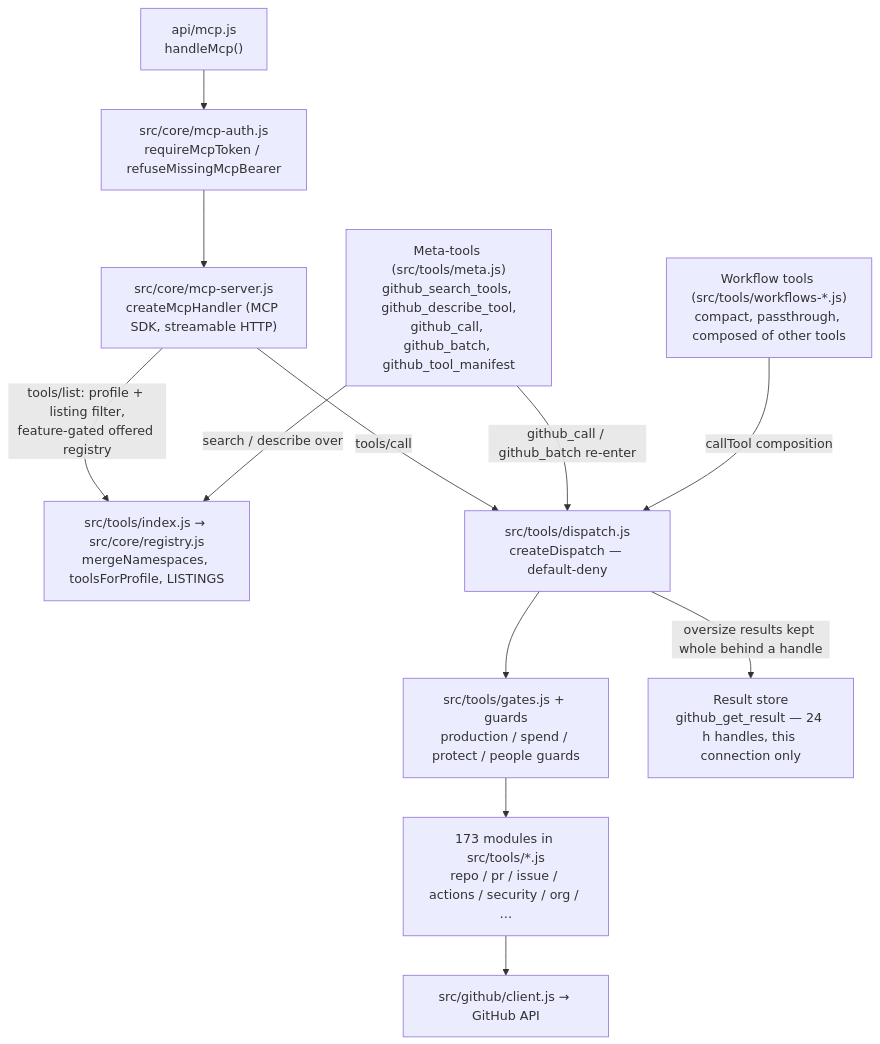
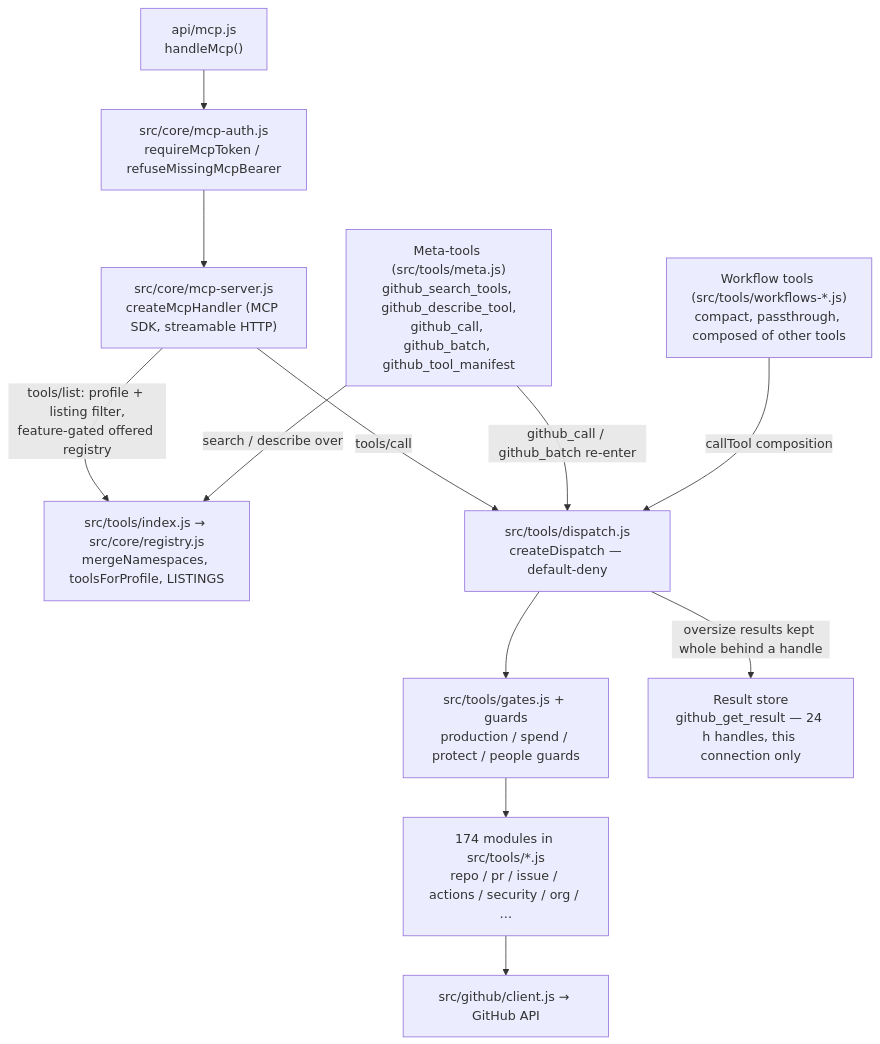
The diagram in docs/relational-map/mcp-and-tools.md (Robinson-AI-Systems/github-mcp), drawn with Mermaid before and after one commit. The commit also changed other lines of this file and 17 other files, not shown here.

````diff
--- a/docs/relational-map/mcp-and-tools.md
+++ b/docs/relational-map/mcp-and-tools.md
@@ -3,23 +3,23 @@
 ```mermaid
 flowchart TD
   MCP["api/mcp.js<br/>handleMcp()"]
   Auth["src/core/mcp-auth.js<br/>requireMcpToken / refuseMissingMcpBearer"]
   Server["src/core/mcp-server.js<br/>createMcpHandler (MCP SDK, streamable HTTP)"]
   Registry["src/tools/index.js → src/core/registry.js<br/>mergeNamespaces, toolsForProfile, LISTINGS"]
   Dispatch["src/tools/dispatch.js<br/>createDispatch — default-deny"]
   Gates["src/tools/gates.js + guards<br/>production / spend / protect / people guards"]
   Meta["Meta-tools (src/tools/meta.js)<br/>github_search_tools, github_describe_tool,<br/>github_call, github_batch, github_tool_manifest"]
   Workflow["Workflow tools (src/tools/workflows-*.js)<br/>compact, passthrough, composed of other tools"]
-  Areas["173 modules in src/tools/*.js<br/>repo / pr / issue / actions / security / org / …"]
+  Areas["174 modules in src/tools/*.js<br/>repo / pr / issue / actions / security / org / …"]
   Results["Result store<br/>github_get_result — 24 h handles, this connection only"]
   Backend["src/github/client.js → GitHub API"]
 
   MCP --> Auth --> Server
   Server -->|"tools/list: profile + listing filter,<br/>feature-gated offered registry"| Registry
   Server -->|"tools/call"| Dispatch
   Dispatch --> Gates --> Areas --> Backend
   Meta -->|"search / describe over"| Registry
   Meta -->|"github_call / github_batch re-enter"| Dispatch
   Workflow -->|"callTool composition"| Dispatch
   Dispatch -->|"oversize results kept whole behind a handle"| Results
 ```
````
